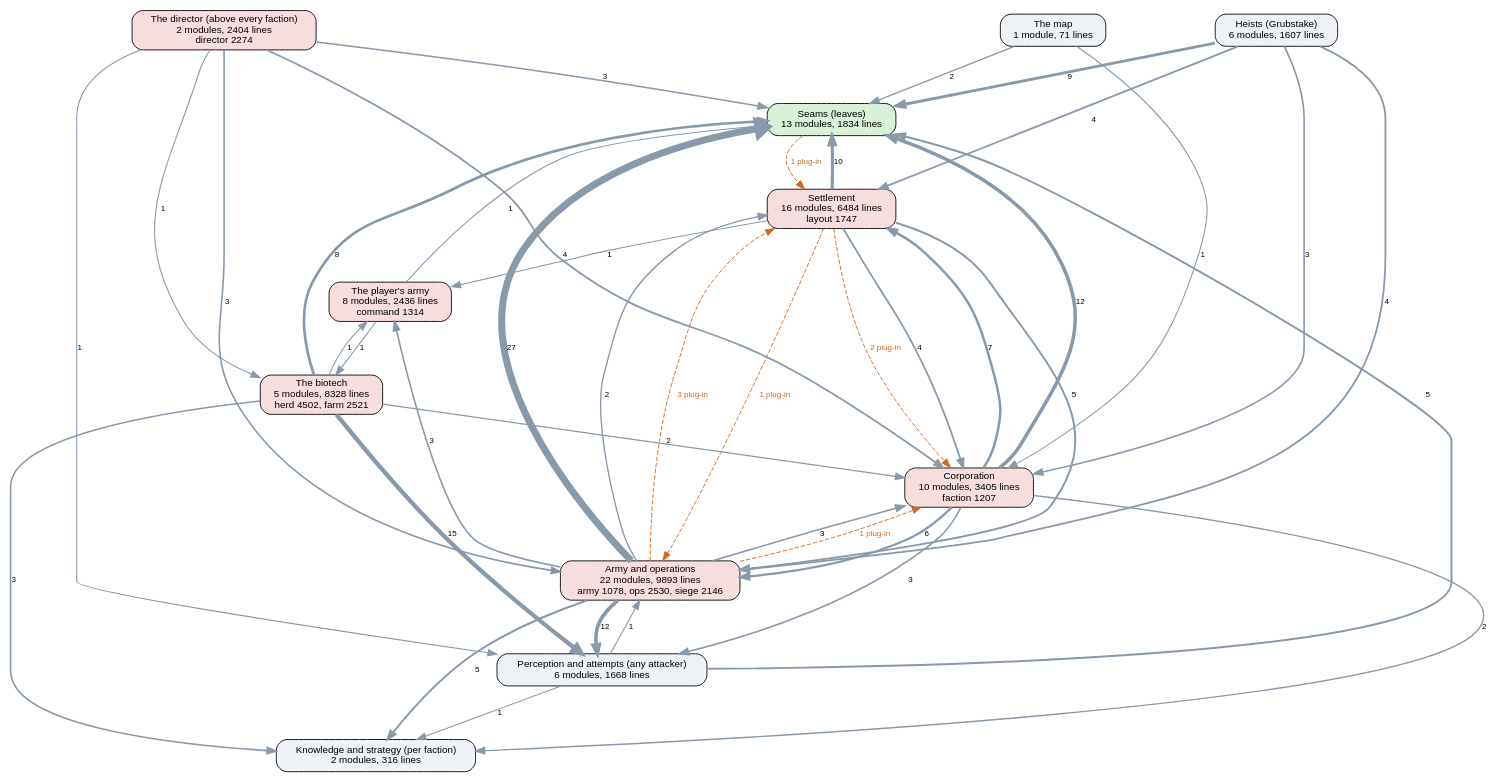
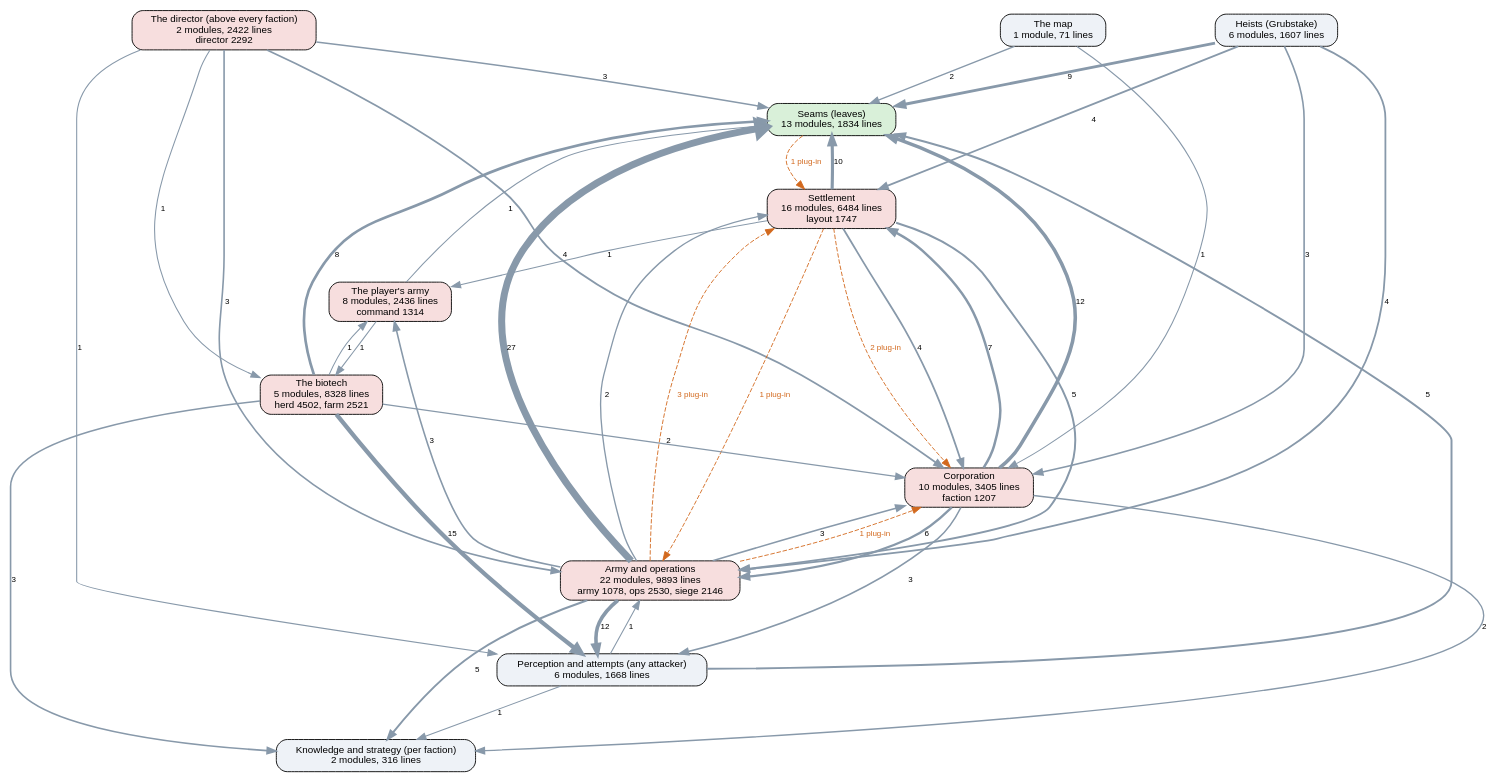
One commit to kinelhu/landing-party changed the diagram in docs/ai-layers.dot. Above: the diagram before and after it, drawn with Graphviz. The commit also changed 15 other files, not shown here.

```diff
--- a/docs/ai-layers.dot
+++ b/docs/ai-layers.dot
@@ -1,57 +1,57 @@
 digraph layers {
   graph [rankdir=TB, fontname="Helvetica", nodesep=0.5, ranksep=0.7];
   node [shape=box, style="rounded,filled", fontname="Helvetica", fontsize=11, fillcolor="#eef2f7"];
   edge [color="#8899aa", fontname="Helvetica", fontsize=9];
   "Seams (leaves)" [label="Seams (leaves)\n13 modules, 1834 lines", fillcolor="#d9f0d9"];
   "Perception and attempts (any attacker)" [label="Perception and attempts (any attacker)\n6 modules, 1668 lines", fillcolor="#eef2f7"];
   "Knowledge and strategy (per faction)" [label="Knowledge and strategy (per faction)\n2 modules, 316 lines", fillcolor="#eef2f7"];
-  "The director (above every faction)" [label="The director (above every faction)\n2 modules, 2404 lines\ndirector 2274", fillcolor="#f7dede"];
+  "The director (above every faction)" [label="The director (above every faction)\n2 modules, 2422 lines\ndirector 2292", fillcolor="#f7dede"];
   "Corporation" [label="Corporation\n10 modules, 3405 lines\nfaction 1207", fillcolor="#f7dede"];
   "Settlement" [label="Settlement\n16 modules, 6484 lines\nlayout 1747", fillcolor="#f7dede"];
   "Army and operations" [label="Army and operations\n22 modules, 9893 lines\narmy 1078, ops 2530, siege 2146", fillcolor="#f7dede"];
   "Heists (Grubstake)" [label="Heists (Grubstake)\n6 modules, 1607 lines", fillcolor="#eef2f7"];
   "The biotech" [label="The biotech\n5 modules, 8328 lines\nherd 4502, farm 2521", fillcolor="#f7dede"];
   "The map" [label="The map\n1 module, 71 lines", fillcolor="#eef2f7"];
   "The player's army" [label="The player's army\n8 modules, 2436 lines\ncommand 1314", fillcolor="#f7dede"];
   "Army and operations" -> "Corporation" [label="3", penwidth=1.8];
   "Army and operations" -> "Knowledge and strategy (per faction)" [label="5", penwidth=2.2];
   "Army and operations" -> "Perception and attempts (any attacker)" [label="12", penwidth=4.0];
   "Army and operations" -> "Seams (leaves)" [label="27", penwidth=7.8];
   "Army and operations" -> "Settlement" [label="2", penwidth=1.5];
   "Army and operations" -> "The player's army" [label="3", penwidth=1.8];
   "Corporation" -> "Army and operations" [label="6", penwidth=2.5];
   "Corporation" -> "Knowledge and strategy (per faction)" [label="2", penwidth=1.5];
   "Corporation" -> "Perception and attempts (any attacker)" [label="3", penwidth=1.8];
   "Corporation" -> "Seams (leaves)" [label="12", penwidth=4.0];
   "Corporation" -> "Settlement" [label="7", penwidth=2.8];
   "Heists (Grubstake)" -> "Army and operations" [label="4", penwidth=2.0];
   "Heists (Grubstake)" -> "Corporation" [label="3", penwidth=1.8];
   "Heists (Grubstake)" -> "Seams (leaves)" [label="9", penwidth=3.2];
   "Heists (Grubstake)" -> "Settlement" [label="4", penwidth=2.0];
   "Perception and attempts (any attacker)" -> "Army and operations" [label="1", penwidth=1.2];
   "Perception and attempts (any attacker)" -> "Knowledge and strategy (per faction)" [label="1", penwidth=1.2];
   "Perception and attempts (any attacker)" -> "Seams (leaves)" [label="5", penwidth=2.2];
   "Settlement" -> "Army and operations" [label="5", penwidth=2.2];
   "Settlement" -> "Corporation" [label="4", penwidth=2.0];
   "Settlement" -> "Seams (leaves)" [label="10", penwidth=3.5];
   "Settlement" -> "The player's army" [label="1", penwidth=1.2];
   "The biotech" -> "Corporation" [label="2", penwidth=1.5];
   "The biotech" -> "Knowledge and strategy (per faction)" [label="3", penwidth=1.8];
   "The biotech" -> "Perception and attempts (any attacker)" [label="15", penwidth=4.8];
   "The biotech" -> "Seams (leaves)" [label="8", penwidth=3.0];
   "The biotech" -> "The player's army" [label="1", penwidth=1.2];
   "The director (above every faction)" -> "Army and operations" [label="3", penwidth=1.8];
   "The director (above every faction)" -> "Corporation" [label="4", penwidth=2.0];
   "The director (above every faction)" -> "Perception and attempts (any attacker)" [label="1", penwidth=1.2];
   "The director (above every faction)" -> "Seams (leaves)" [label="3", penwidth=1.8];
   "The director (above every faction)" -> "The biotech" [label="1", penwidth=1.2];
   "The map" -> "Corporation" [label="1", penwidth=1.2];
   "The map" -> "Seams (leaves)" [label="2", penwidth=1.5];
   "The player's army" -> "Seams (leaves)" [label="1", penwidth=1.2];
   "The player's army" -> "The biotech" [label="1", penwidth=1.2];
   "Army and operations" -> "Corporation" [style=dashed, color="#d2691e", fontcolor="#d2691e", label="1 plug-in"];
   "Army and operations" -> "Settlement" [style=dashed, color="#d2691e", fontcolor="#d2691e", label="3 plug-in"];
   "Seams (leaves)" -> "Settlement" [style=dashed, color="#d2691e", fontcolor="#d2691e", label="1 plug-in"];
   "Settlement" -> "Army and operations" [style=dashed, color="#d2691e", fontcolor="#d2691e", label="1 plug-in"];
   "Settlement" -> "Corporation" [style=dashed, color="#d2691e", fontcolor="#d2691e", label="2 plug-in"];
 }
```
